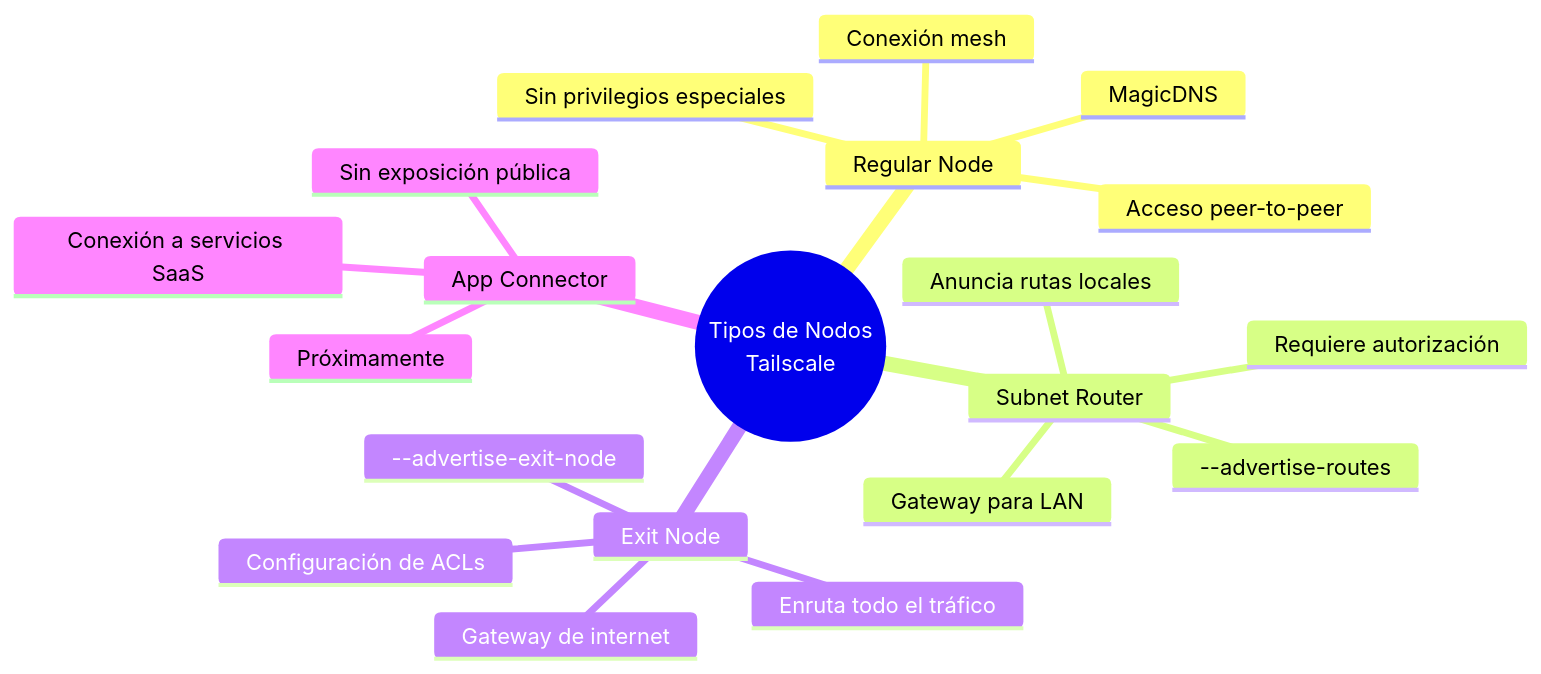
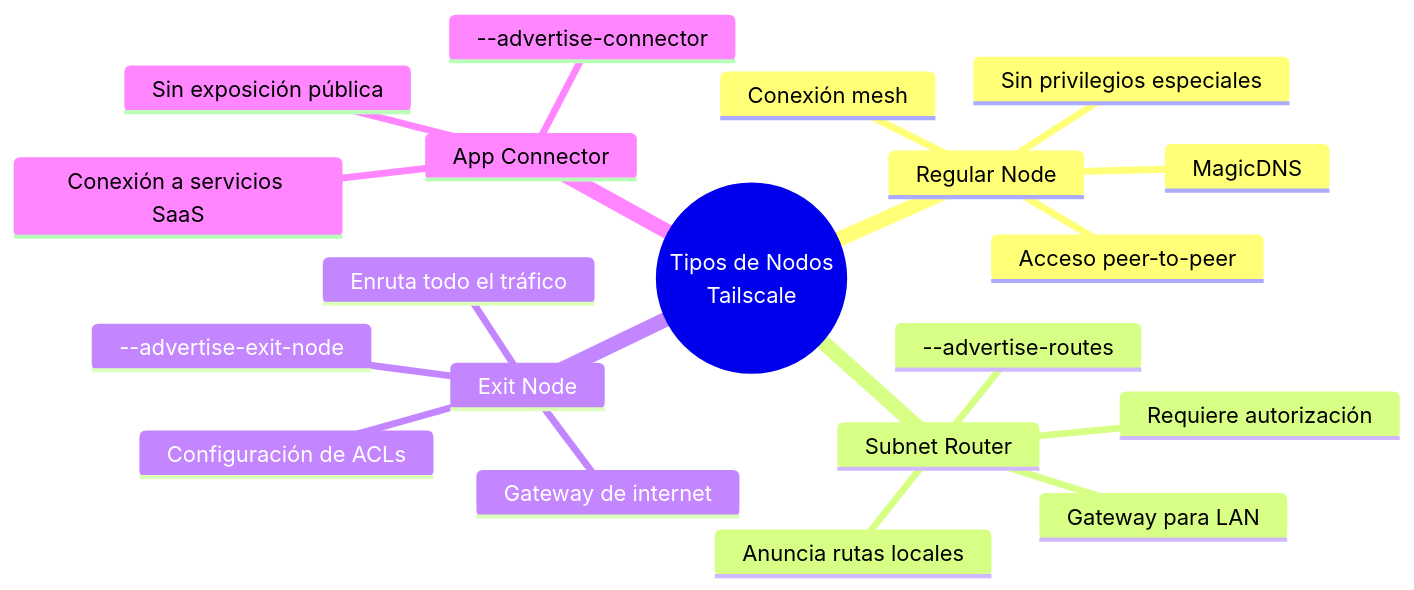
Before and after one commit to rasty94/Frikiteam-docs: the second of 2 diagrams in docs/doc/networking/tailscale.md, drawn with Mermaid. The commit also changed other lines of this file and 14 other files, not shown here.

````diff
--- a/docs/doc/networking/tailscale.md
+++ b/docs/doc/networking/tailscale.md
@@ -67,23 +67,23 @@
 ```mermaid
 mindmap
   root((Tipos de Nodos<br/>Tailscale))
     Regular Node
       Conexión mesh
       Acceso peer-to-peer
       MagicDNS
       Sin privilegios especiales
     Subnet Router
       Anuncia rutas locales
       --advertise-routes
       Gateway para LAN
       Requiere autorización
     Exit Node
       --advertise-exit-node
       Gateway de internet
       Enruta todo el tráfico
       Configuración de ACLs
     App Connector
-      Próximamente
+      --advertise-connector
       Conexión a servicios SaaS
       Sin exposición pública
 ```
````
